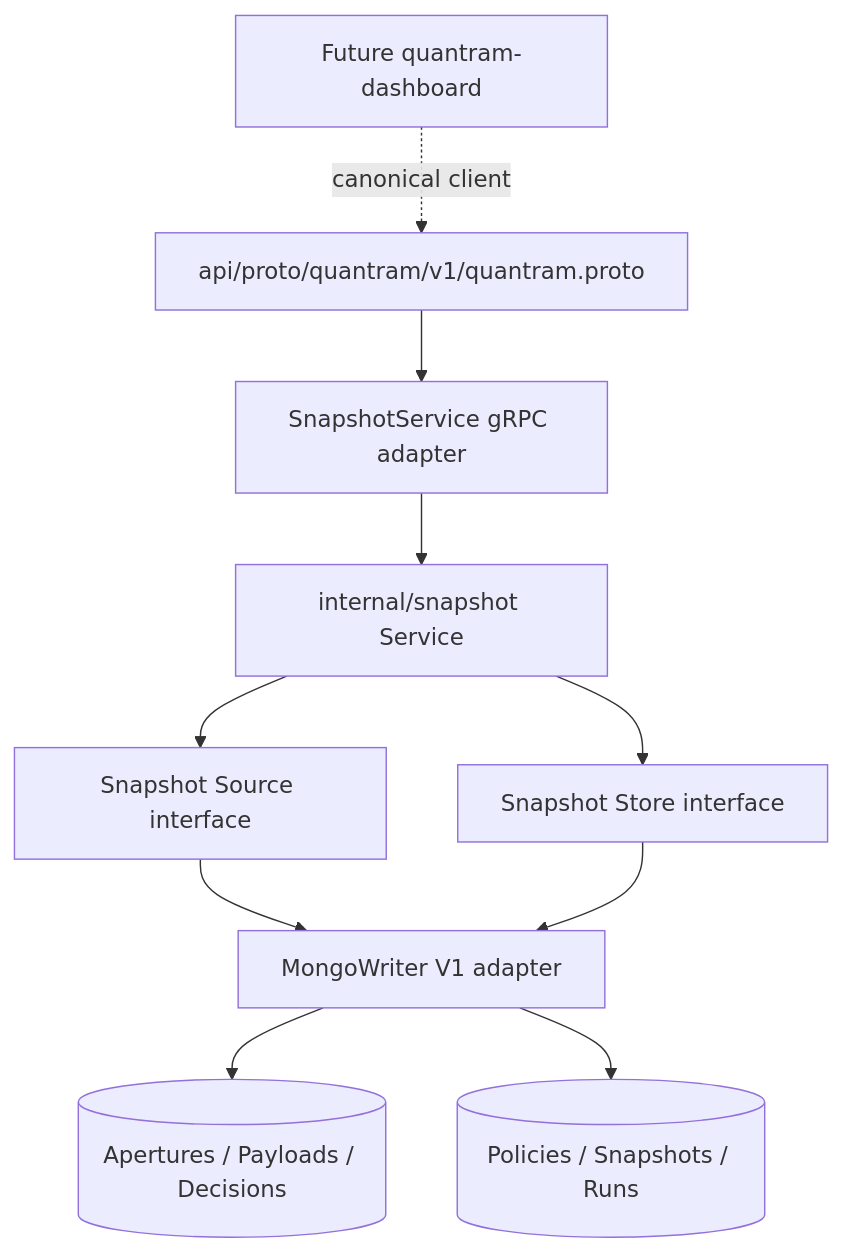
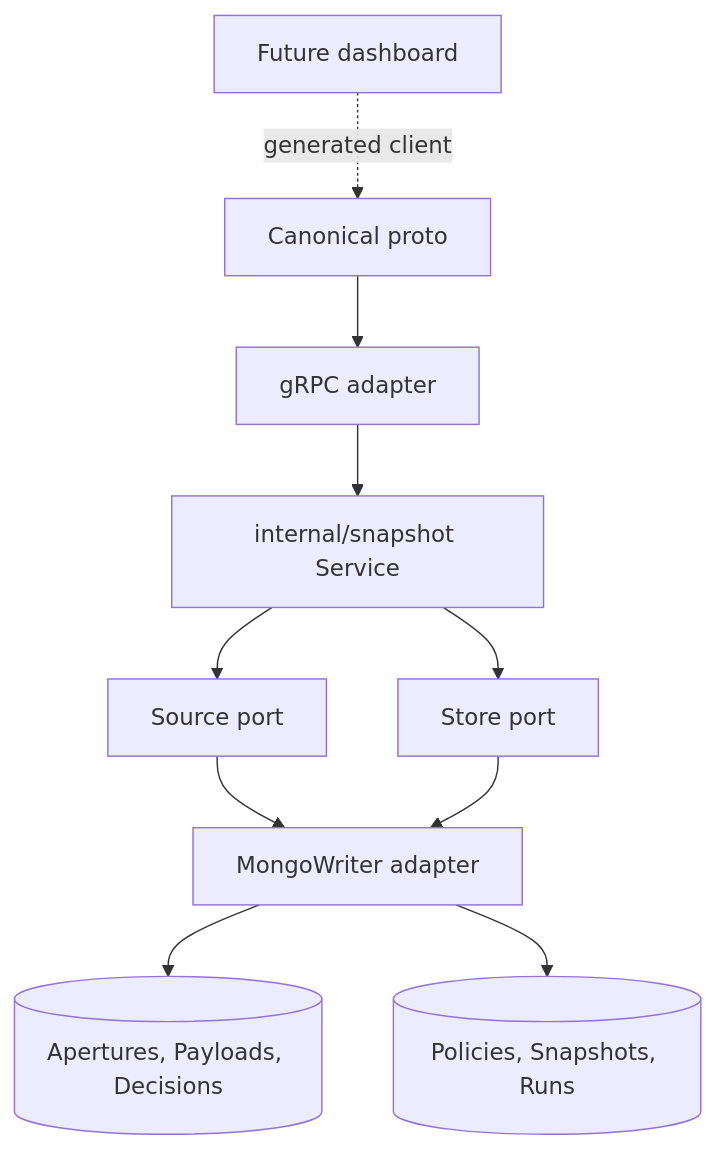
Before and after one commit to srao977/QuanTRAM: the first of 3 diagrams in docs/design/QuanTRAM_SNAPSHOT_SERVICE_V1_090326.md, drawn with Mermaid. The commit also changed other lines of this file and 10 other files, not shown here.

````diff
--- a/docs/design/QuanTRAM_SNAPSHOT_SERVICE_V1_090326.md
+++ b/docs/design/QuanTRAM_SNAPSHOT_SERVICE_V1_090326.md
@@ -10,12 +32,12 @@
 ```mermaid
 flowchart TD
-    P[api/proto/quantram/v1/quantram.proto] --> G[SnapshotService gRPC adapter]
-    G --> S[internal/snapshot Service]
-    S --> SRC[Snapshot Source interface]
-    S --> ST[Snapshot Store interface]
-    SRC --> M[MongoWriter V1 adapter]
-    ST --> M
-    M --> L[(Apertures / Payloads / Decisions)]
-    M --> C[(Policies / Snapshots / Runs)]
-    D[Future quantram-dashboard] -. canonical client .-> P
+    Proto[Canonical proto] --> GRPC[gRPC adapter]
+    GRPC --> Core[internal/snapshot Service]
+    Core --> Source[Source port]
+    Core --> Store[Store port]
+    Source --> Mongo[MongoWriter adapter]
+    Store --> Mongo
+    Mongo --> Ledger[(Apertures, Payloads, Decisions)]
+    Mongo --> SnapDB[(Policies, Snapshots, Runs)]
+    Dashboard[Future dashboard] -. generated client .-> Proto
 ```
````
